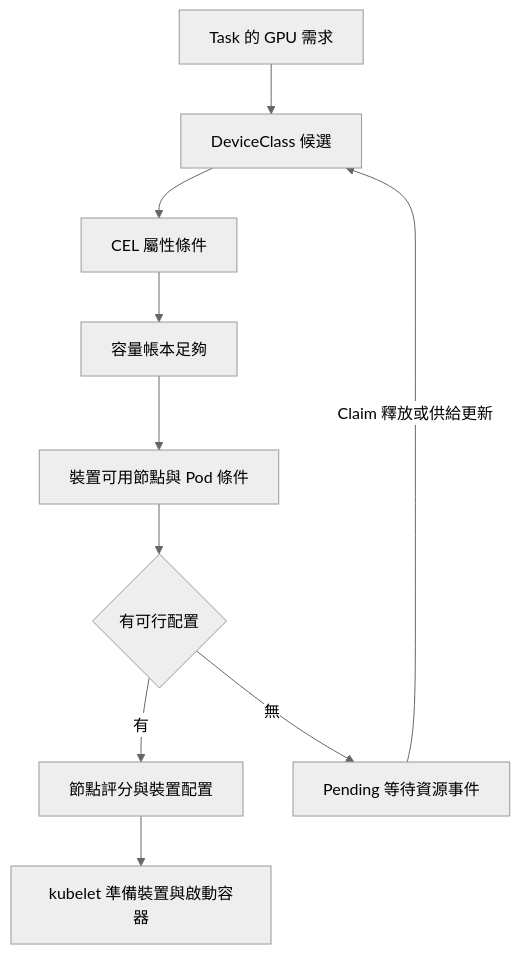
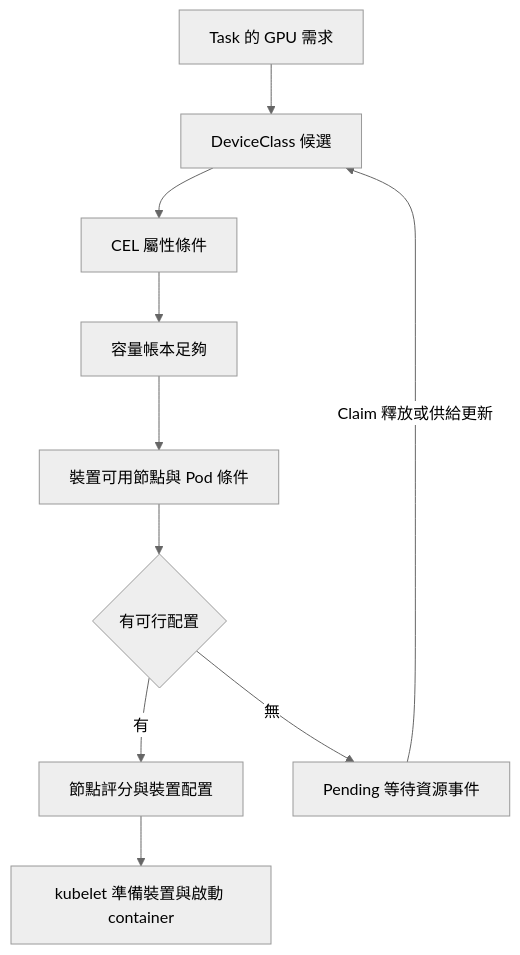
Before and after one commit to Daniel77871/dra-gpu-sharing-in-practice: the diagram in book/06-heterogeneous/README.md, drawn with Mermaid (neutral theme). The commit also changed other lines of this file and 80 other files, not shown here.

````diff
--- a/book/06-heterogeneous/README.md
+++ b/book/06-heterogeneous/README.md
@@ -13,12 +13,12 @@
 ```mermaid
 flowchart TD
     Q["Task 的 GPU 需求"] --> C["DeviceClass 候選"]
     C --> S["CEL 屬性條件"]
     S --> M["容量帳本足夠"]
     M --> N["裝置可用節點與 Pod 條件"]
     N --> F{"有可行配置"}
     F -->|有| P["節點評分與裝置配置"]
     F -->|無| W["Pending 等待資源事件"]
     W -->|Claim 釋放或供給更新| C
-    P --> R["kubelet 準備裝置與啟動容器"]
+    P --> R["kubelet 準備裝置與啟動 container"]
 ```
````
